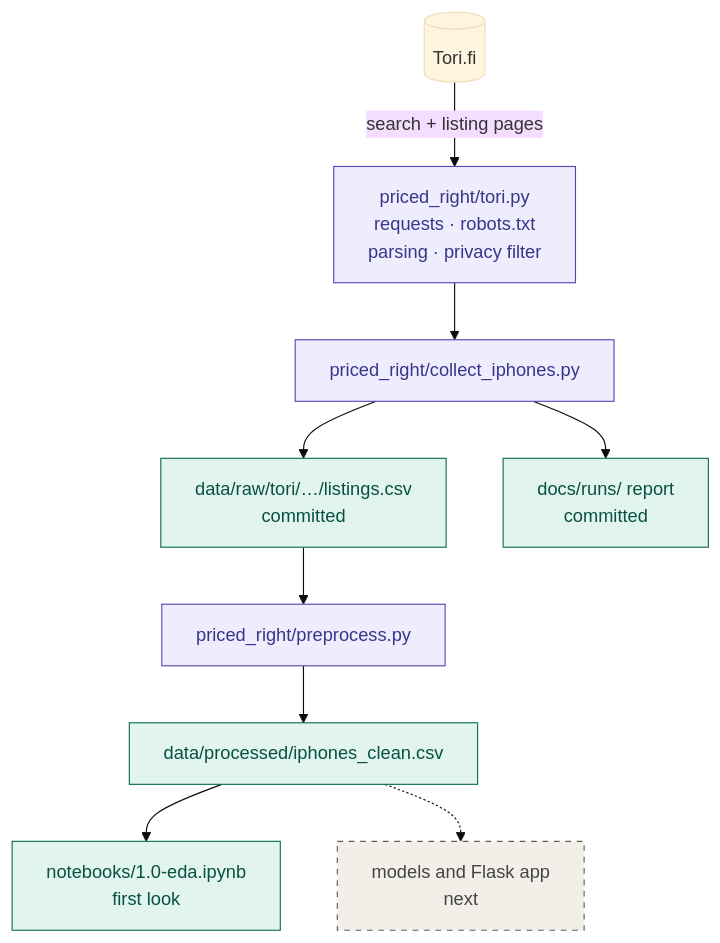
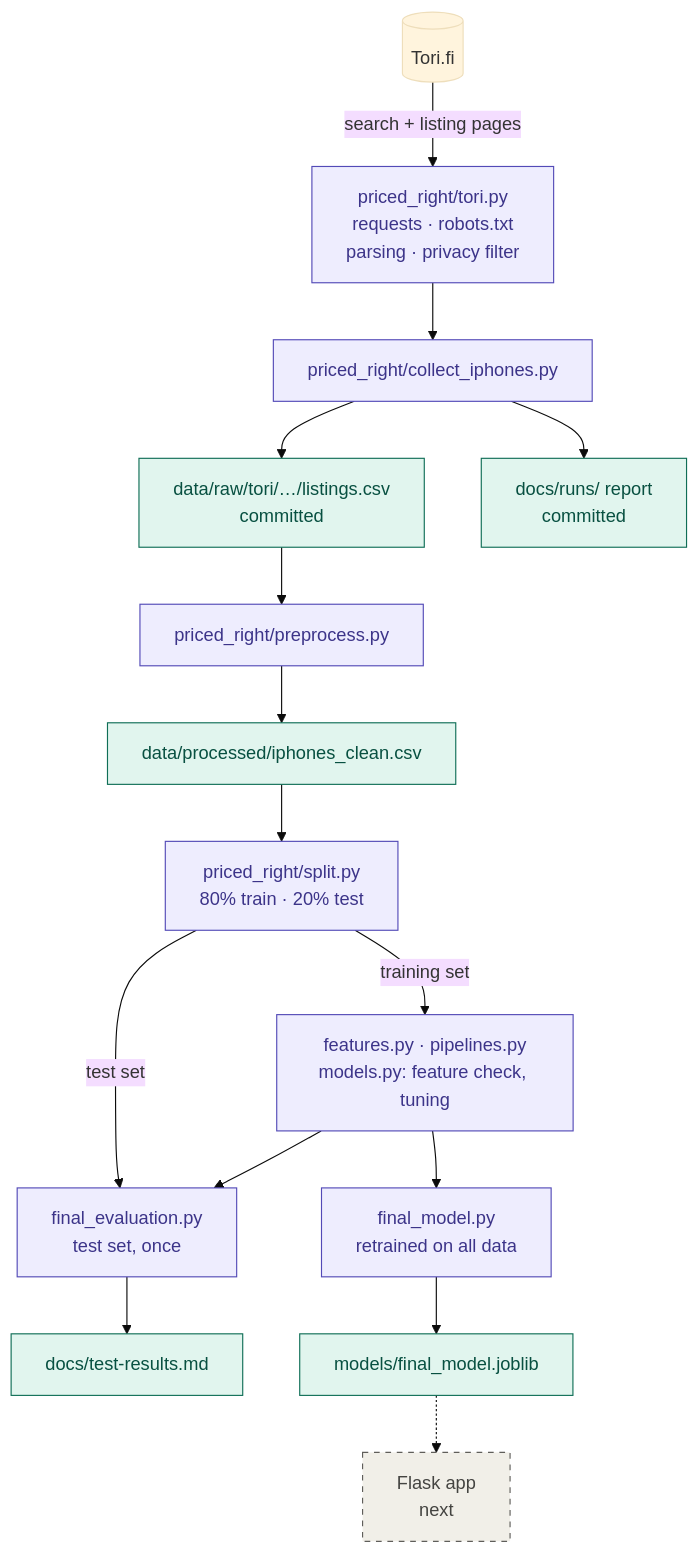
Before and after one commit to HashirSalam/priced-right: the second of 2 diagrams in README.md, drawn with Mermaid (base theme). The commit also changed other lines of this file and 2 other files, not shown here.

````diff
--- a/README.md
+++ b/README.md
@@ -160,18 +212,24 @@
 ```mermaid
 flowchart TB
     tori[("Tori.fi")] -->|search + listing pages| client["priced_right/tori.py<br/>requests · robots.txt<br/>parsing · privacy filter"]
     client --> collect["priced_right/collect_iphones.py"]
     collect --> raw["data/raw/tori/…/listings.csv<br/>committed"]
     collect --> reports["docs/runs/ report<br/>committed"]
     raw --> prep["priced_right/preprocess.py"]
     prep --> clean["data/processed/iphones_clean.csv"]
-    clean --> eda["notebooks/1.0-eda.ipynb<br/>first look"]
-    clean -.-> planned["models and Flask app<br/>next"]
+    clean --> split["priced_right/split.py<br/>80% train · 20% test"]
+    split -->|training set| select["features.py · pipelines.py<br/>models.py: feature check, tuning"]
+    select --> final_eval["final_evaluation.py<br/>test set, once"]
+    split -->|test set| final_eval
+    final_eval --> results["docs/test-results.md"]
+    select --> final_model["final_model.py<br/>retrained on all data"]
+    final_model --> saved["models/final_model.joblib"]
+    saved -.-> app["Flask app<br/>next"]
 
     classDef code fill:#EEEDFE,stroke:#534AB7,color:#3C3489
     classDef data fill:#E1F5EE,stroke:#0F6E56,color:#085041
     classDef todo fill:#F1EFE8,stroke:#5F5E5A,color:#444441,stroke-dasharray: 5 5
-    class client,collect,prep code
-    class raw,reports,clean,eda data
-    class planned todo
+    class client,collect,prep,split,select,final_eval,final_model code
+    class raw,reports,clean,results,saved data
+    class app todo
 ```
````
